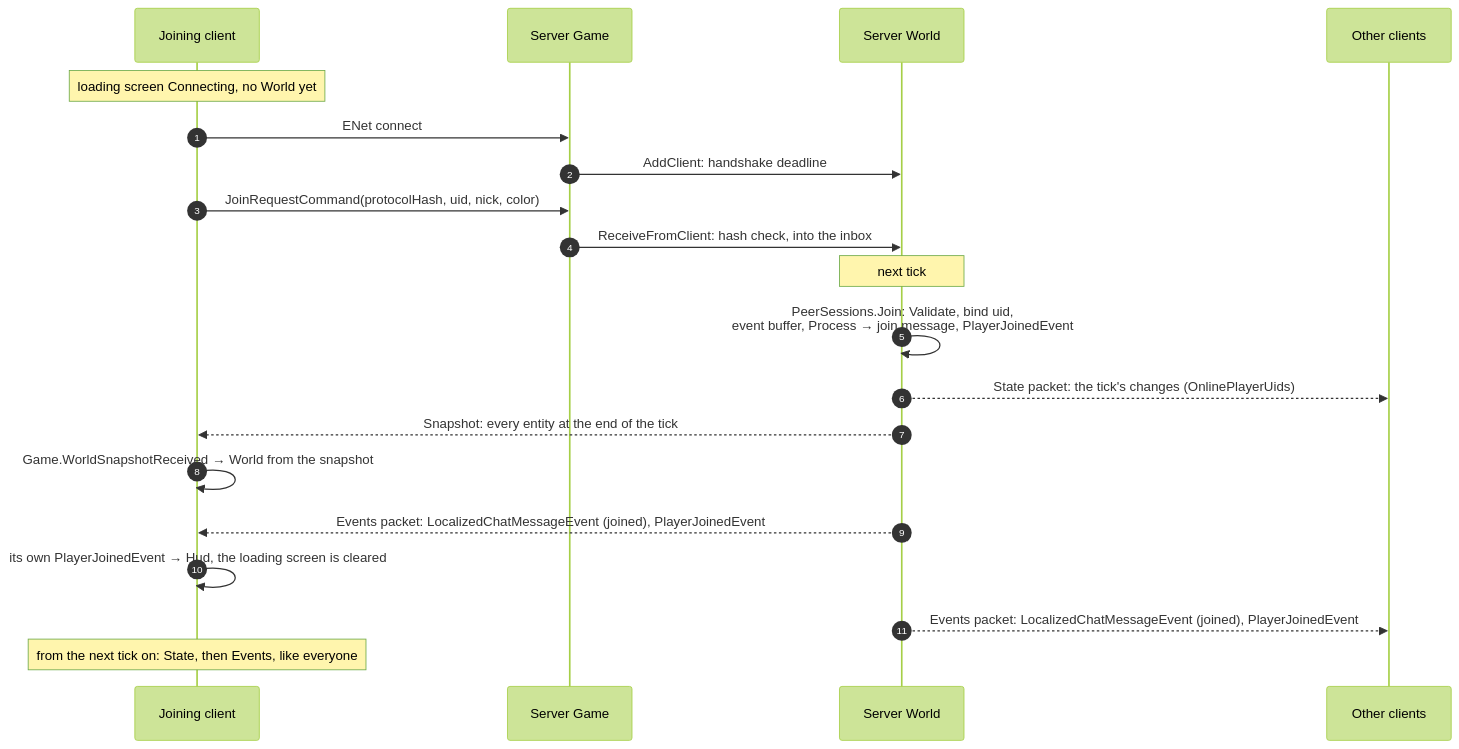
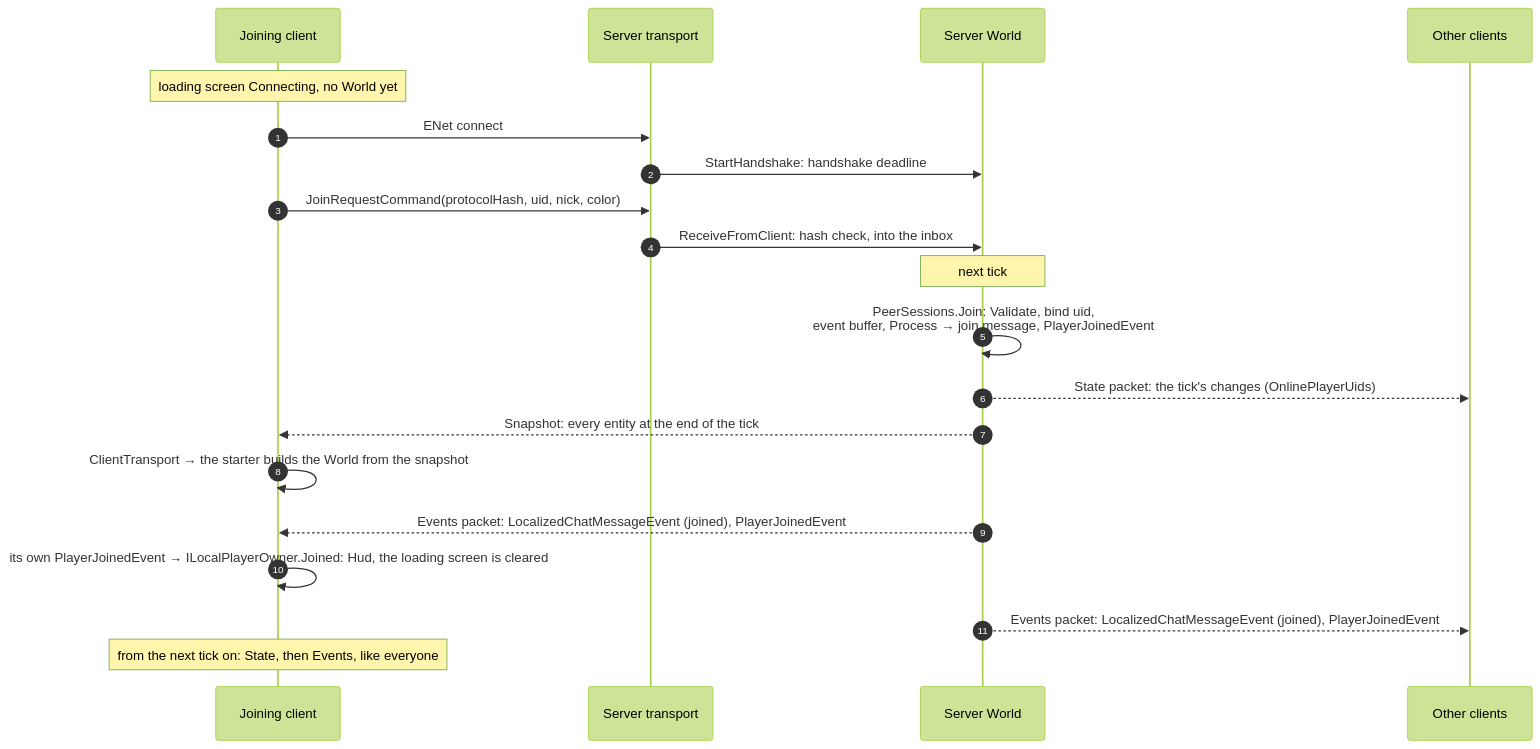
The diagram in Docs/Networking.md (AbroGames/NeonWarfare), drawn with Mermaid (forest theme) before and after one commit. The commit also changed other lines of this file and 56 other files, not shown here.

````diff
--- a/Docs/Networking.md
+++ b/Docs/Networking.md
@@ -104,23 +109,23 @@
 ```mermaid
 sequenceDiagram
     autonumber
     participant C as Joining client
-    participant G as Server Game
+    participant G as Server transport
     participant W as Server World
     participant O as Other clients
 
     Note over C: loading screen Connecting, no World yet
     C->>G: ENet connect
-    G->>W: AddClient: handshake deadline
+    G->>W: StartHandshake: handshake deadline
     C->>G: JoinRequestCommand(protocolHash, uid, nick, color)
     G->>W: ReceiveFromClient: hash check, into the inbox
     Note over W: next tick
     W->>W: PeerSessions.Join: Validate, bind uid,<br/>event buffer, Process → join message, PlayerJoinedEvent
     W-->>O: State packet: the tick's changes (OnlinePlayerUids)
     W-->>C: Snapshot: every entity at the end of the tick
-    C->>C: Game.WorldSnapshotReceived → World from the snapshot
+    C->>C: ClientTransport → the starter builds the World from the snapshot
     W-->>C: Events packet: LocalizedChatMessageEvent (joined), PlayerJoinedEvent
-    C->>C: its own PlayerJoinedEvent → Hud, the loading screen is cleared
+    C->>C: its own PlayerJoinedEvent → ILocalPlayerOwner.Joined: Hud, the loading screen is cleared
     W-->>O: Events packet: LocalizedChatMessageEvent (joined), PlayerJoinedEvent
     Note over C: from the next tick on: State, then Events, like everyone
 ```
````
